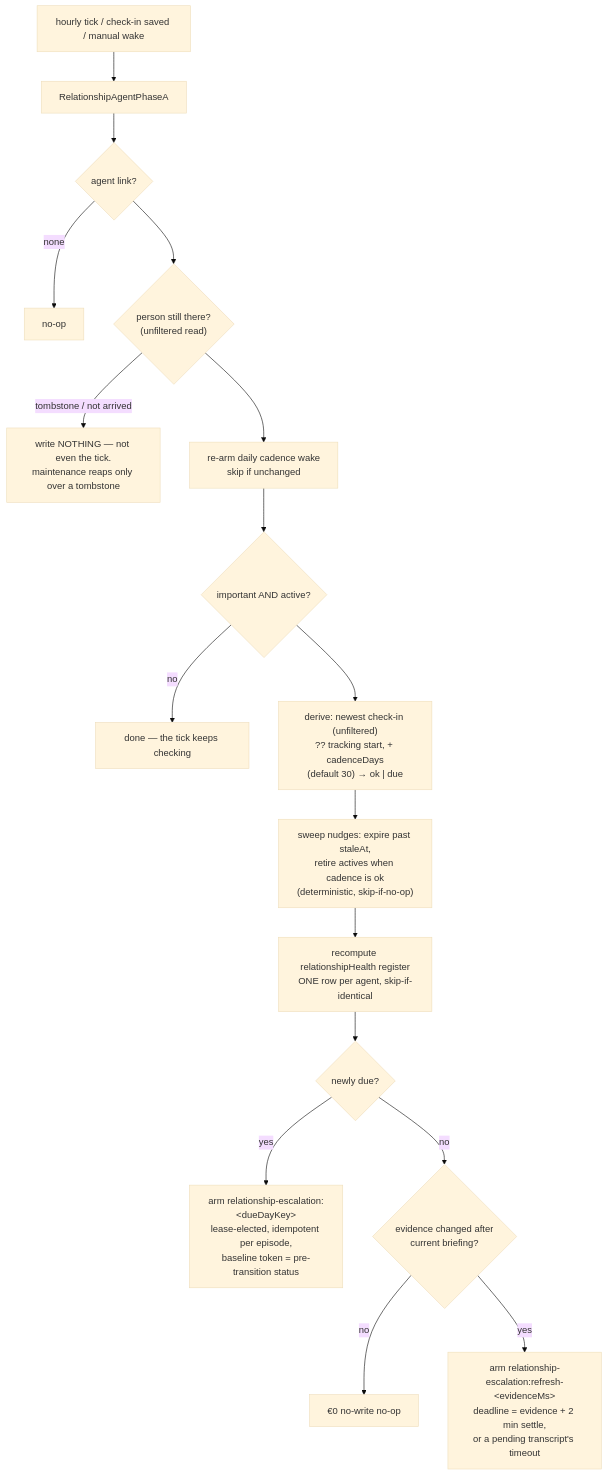
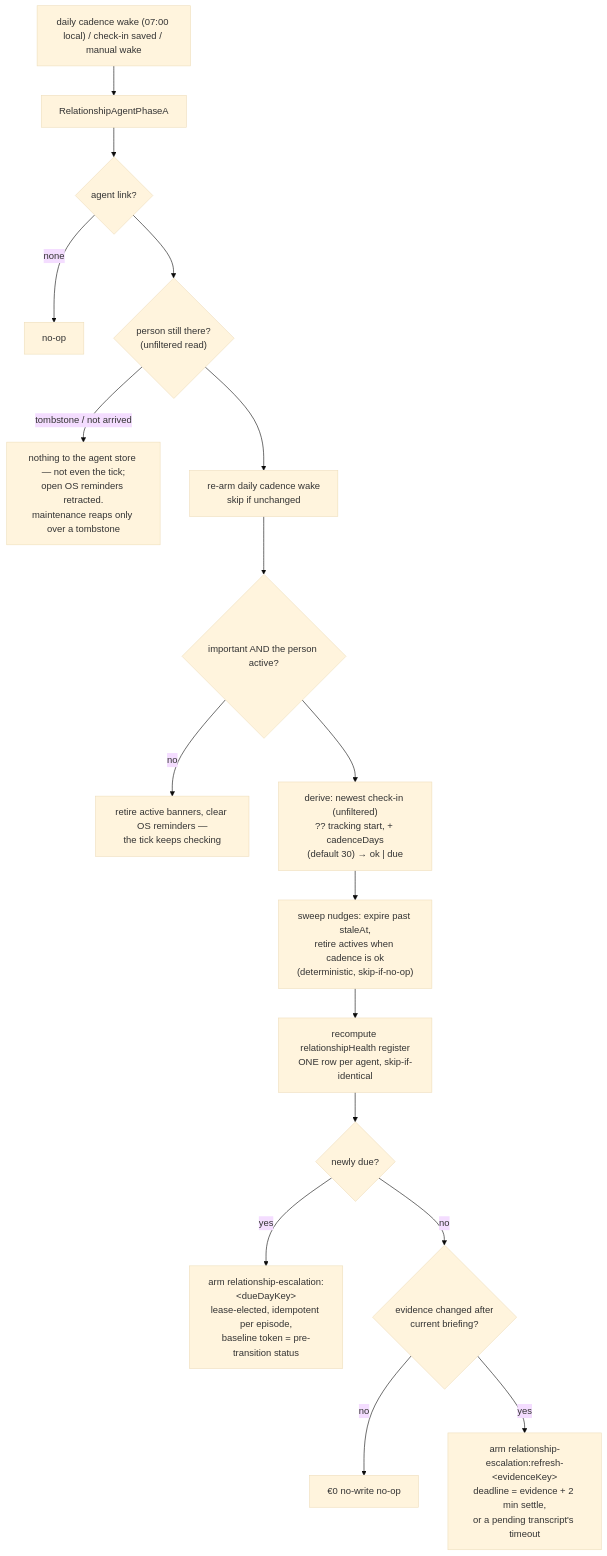
One commit to matthiasn/lotti changed the seventh of 16 diagrams in knowledge/features/relationships.md. Above: the diagram before and after it, drawn with Mermaid (base theme). The commit also changed other lines of this file and 1 other file, not shown here.

````diff
--- a/knowledge/features/relationships.md
+++ b/knowledge/features/relationships.md
@@ -862,19 +863,19 @@
 ```mermaid
 flowchart TD
-  T[hourly tick / check-in saved / manual wake] --> A[RelationshipAgentPhaseA]
+  T["daily cadence wake (07:00 local) / check-in saved / manual wake"] --> A[RelationshipAgentPhaseA]
   A --> L{agent link?}
   L -->|none| OK1[no-op]
   L --> G{"person still there?<br/>(unfiltered read)"}
-  G -->|"tombstone / not arrived"| STOP["write NOTHING — not even the tick.<br/>maintenance reaps only over a tombstone"]
+  G -->|"tombstone / not arrived"| STOP["nothing to the agent store — not even the tick;<br/>open OS reminders retracted.<br/>maintenance reaps only over a tombstone"]
   G --> R[re-arm daily cadence wake<br/>skip if unchanged]
-  R --> E{important AND active?}
-  E -->|no| OK2[done — the tick keeps checking]
+  R --> E{"important AND the person active?"}
+  E -->|no| OK2["retire active banners, clear OS reminders —<br/>the tick keeps checking"]
   E --> D["derive: newest check-in (unfiltered)<br/>?? tracking start, + cadenceDays<br/>(default 30) → ok | due"]
   D --> SW["sweep nudges: expire past staleAt,<br/>retire actives when cadence is ok<br/>(deterministic, skip-if-no-op)"]
   SW --> REG["recompute relationshipHealth register<br/>ONE row per agent, skip-if-identical"]
   REG --> N{"newly due?"}
   N -->|yes| ESC["arm relationship-escalation:&lt;dueDayKey&gt;<br/>lease-elected, idempotent per episode,<br/>baseline token = pre-transition status"]
   N -->|no| ST{"evidence changed after<br/>current briefing?"}
   ST -->|no| OK3[€0 no-write no-op]
-  ST -->|yes| REF["arm relationship-escalation:refresh-&lt;evidenceMs&gt;<br/>deadline = evidence + 2 min settle,<br/>or a pending transcript's timeout"]
+  ST -->|yes| REF["arm relationship-escalation:refresh-&lt;evidenceKey&gt;<br/>deadline = evidence + 2 min settle,<br/>or a pending transcript's timeout"]
 ```
````
